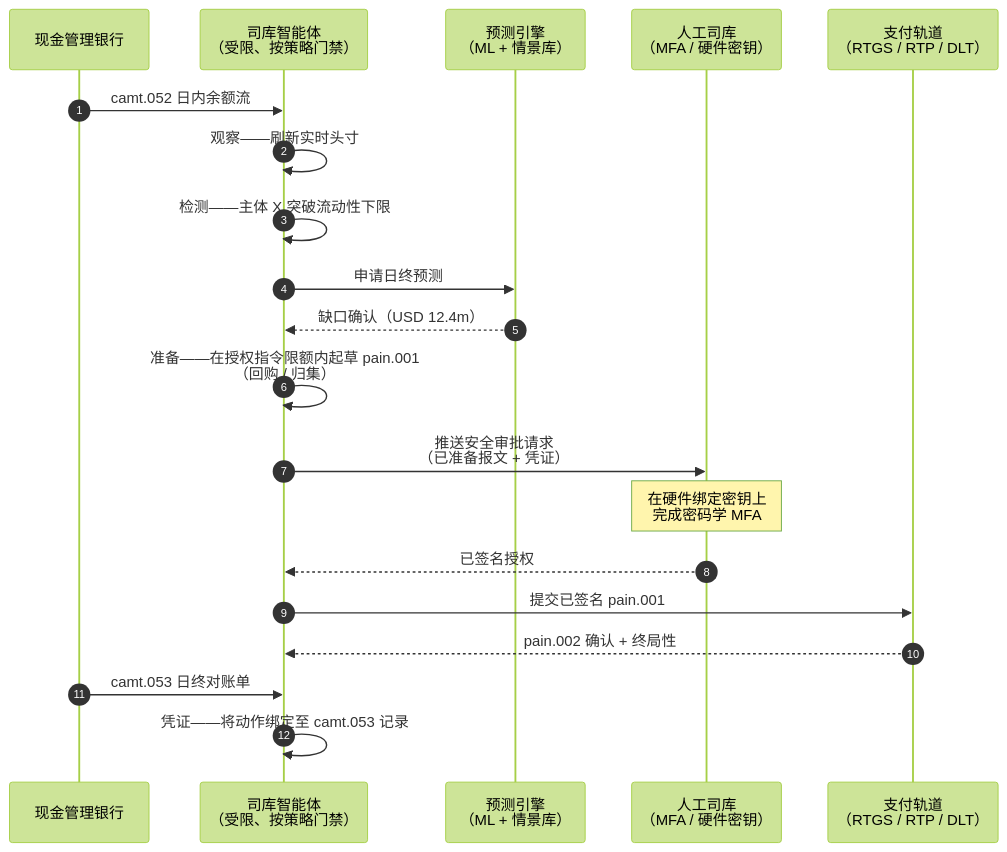
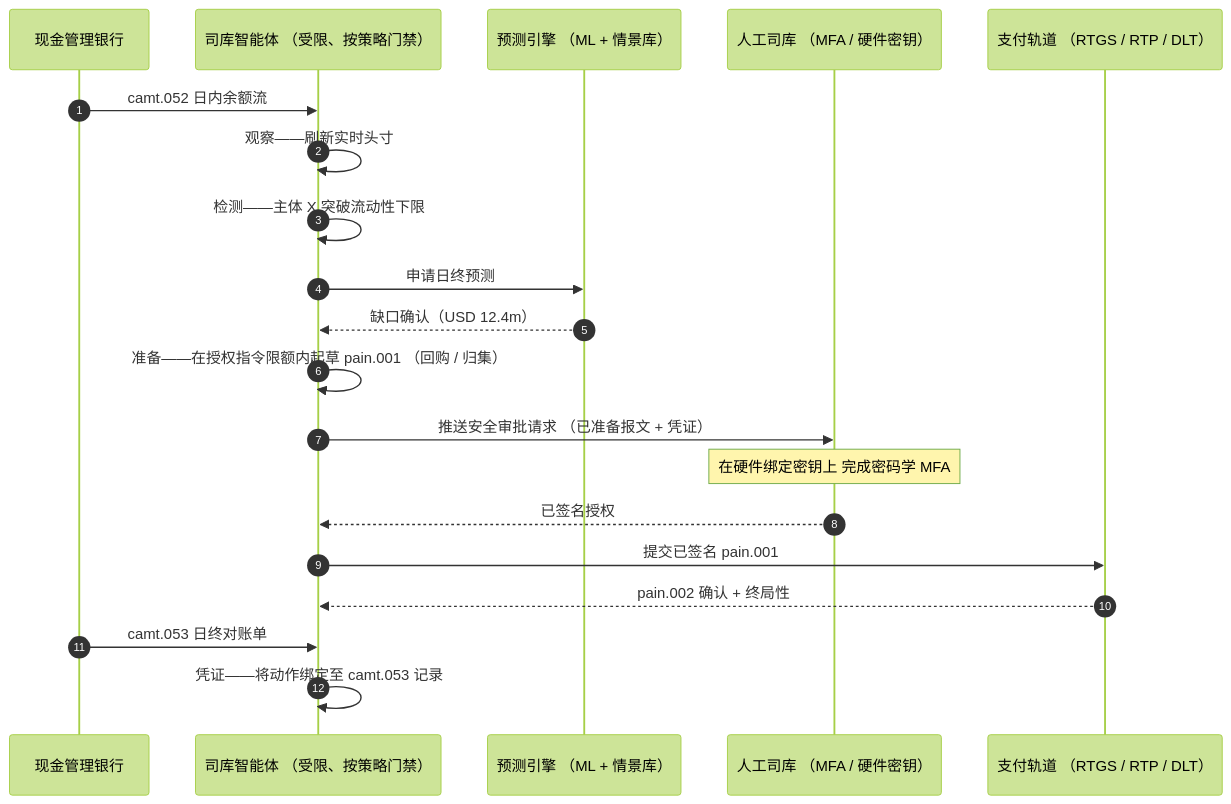
One commit to sebastienrousseau/sebastienrousseau.github.io changed the diagram in _posts/zh-hans/2026-06-07-autonomous-treasury-index-programmable-liquidity-tokenised-deposits-2026.md. Above: the diagram before and after it, drawn with Mermaid (forest theme). The commit also changed 2231 other files, not shown here.

First line of the commit message:
fix(mermaid): unblock Mermaid v10 rendering end-to-end (#198)

````diff
--- a/_posts/zh-hans/2026-06-07-autonomous-treasury-index-programmable-liquidity-tokenised-deposits-2026.md
+++ b/_posts/zh-hans/2026-06-07-autonomous-treasury-index-programmable-liquidity-tokenised-deposits-2026.md
@@ -152,23 +152,23 @@
 ```mermaid
 sequenceDiagram
     autonumber
     participant Banks as 现金管理银行
-    participant Agent as 司库智能体<br/>（受限、按策略门禁）
-    participant Forecast as 预测引擎<br/>（ML + 情景库）
-    participant Treasurer as 人工司库<br/>（MFA / 硬件密钥）
-    participant Rails as 支付轨道<br/>（RTGS / RTP / DLT）
+    participant Agent as 司库智能体 （受限、按策略门禁）
+    participant Forecast as 预测引擎 （ML + 情景库）
+    participant Treasurer as 人工司库 （MFA / 硬件密钥）
+    participant Rails as 支付轨道 （RTGS / RTP / DLT）
 
     Banks->>Agent: camt.052 日内余额流
     Agent->>Agent: 观察——刷新实时头寸
     Agent->>Agent: 检测——主体 X 突破流动性下限
     Agent->>Forecast: 申请日终预测
     Forecast-->>Agent: 缺口确认（USD 12.4m）
-    Agent->>Agent: 准备——在授权指令限额内起草 pain.001<br/>（回购 / 归集）
-    Agent->>Treasurer: 推送安全审批请求<br/>（已准备报文 + 凭证）
-    Note over Treasurer: 在硬件绑定密钥上<br/>完成密码学 MFA
+    Agent->>Agent: 准备——在授权指令限额内起草 pain.001 （回购 / 归集）
+    Agent->>Treasurer: 推送安全审批请求 （已准备报文 + 凭证）
+    Note over Treasurer: 在硬件绑定密钥上 完成密码学 MFA
     Treasurer-->>Agent: 已签名授权
     Agent->>Rails: 提交已签名 pain.001
     Rails-->>Agent: pain.002 确认 + 终局性
     Banks->>Agent: camt.053 日终对账单
     Agent->>Agent: 凭证——将动作绑定至 camt.053 记录
 ```
````
